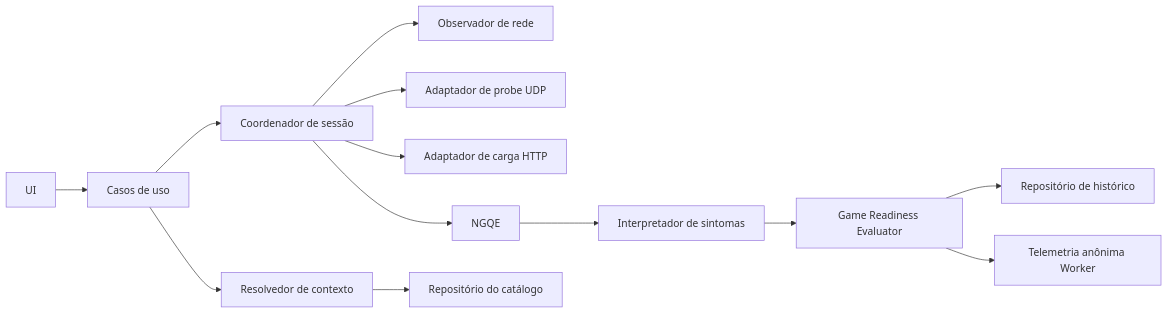
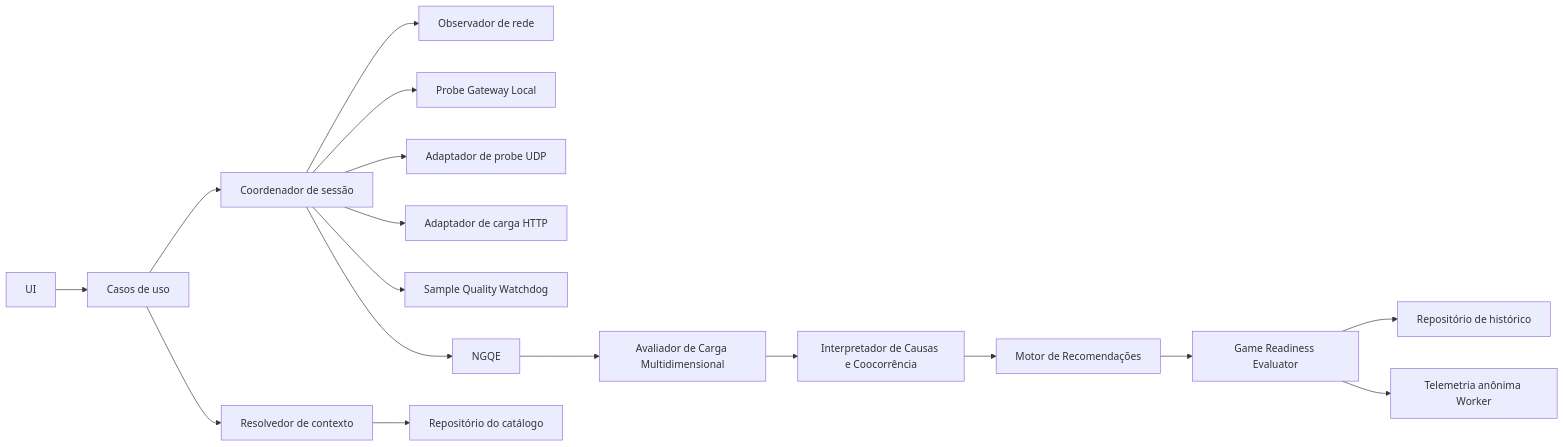
The third of 4 diagrams in docs/02-arquitetura.md (gmmattey/lagcheck), drawn with Mermaid before and after one commit. The commit also changed other lines of this file and 46 other files, not shown here.

````diff
--- a/docs/02-arquitetura.md
+++ b/docs/02-arquitetura.md
@@ -115,15 +125,19 @@
 ```mermaid
 flowchart LR
     UI[UI] --> USE[Casos de uso]
     USE --> CTX[Resolvedor de contexto]
     USE --> SESS[Coordenador de sessão]
     SESS --> PATH[Observador de rede]
+    SESS --> GW[Probe Gateway Local]
     SESS --> PROBE[Adaptador de probe UDP]
     SESS --> LOAD[Adaptador de carga HTTP]
+    SESS --> QUAL[Sample Quality Watchdog]
     SESS --> NGQE[NGQE]
     CTX --> CAT[Repositório do catálogo]
-    NGQE --> INT[Interpretador de sintomas]
-    INT --> RDY[Game Readiness Evaluator]
+    NGQE --> LOADIMP[Avaliador de Carga Multidimensional]
+    LOADIMP --> INT[Interpretador de Causas e Coocorrência]
+    INT --> REC[Motor de Recomendações]
+    REC --> RDY[Game Readiness Evaluator]
     RDY --> HIST[Repositório de histórico]
     RDY --> TEL[Telemetria anônima Worker]
 ```
````
